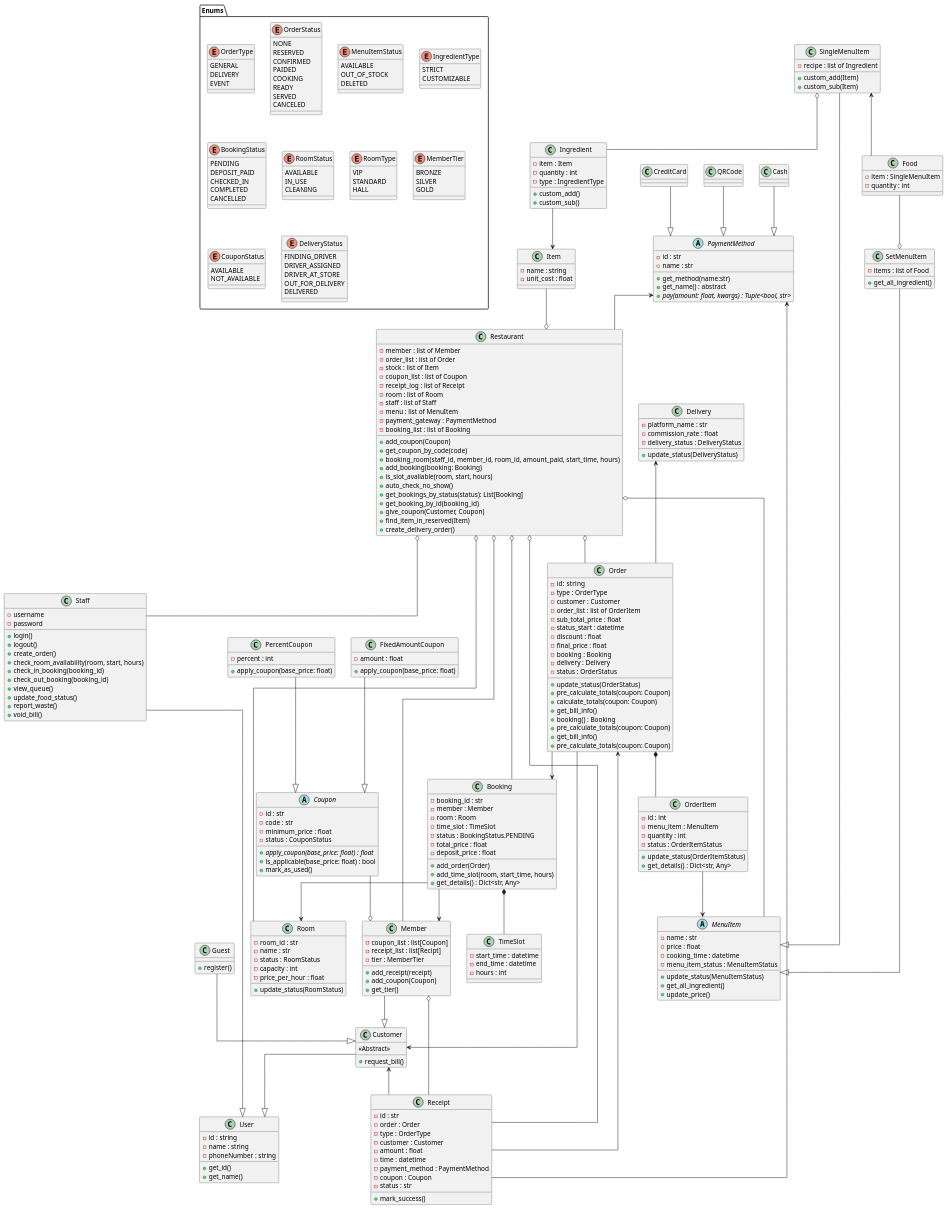
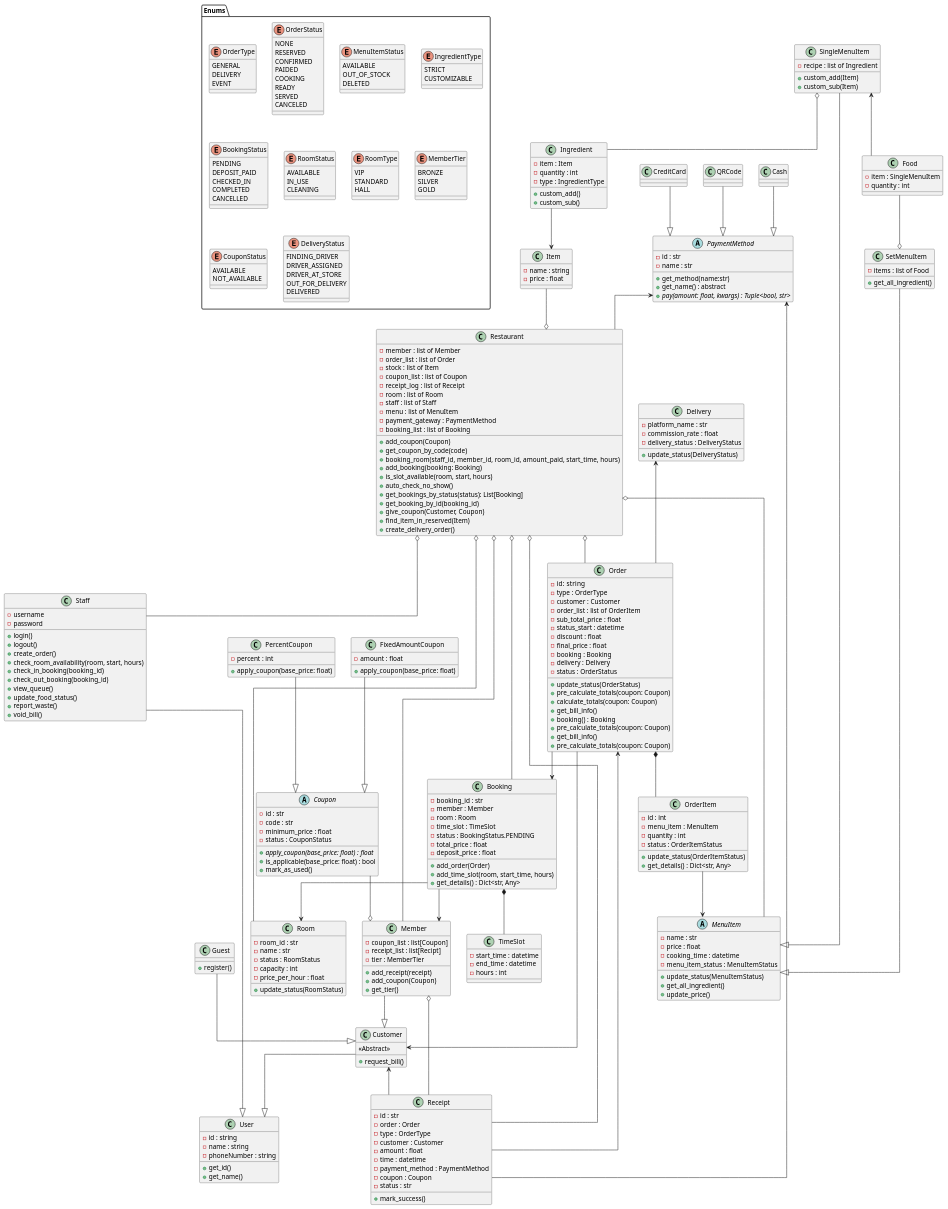
Before and after one commit to twrrippy/knight-chicken-oop: the diagram in shared/doc/class_diagram.puml, drawn with PlantUML.

Commit message:
item cost

```diff
--- a/shared/doc/class_diagram.puml
+++ b/shared/doc/class_diagram.puml
@@ -143,7 +143,7 @@
 }
 class Item{
     - name : string
-    - unit_cost : float
+    - price : float
 }
 
 
```
